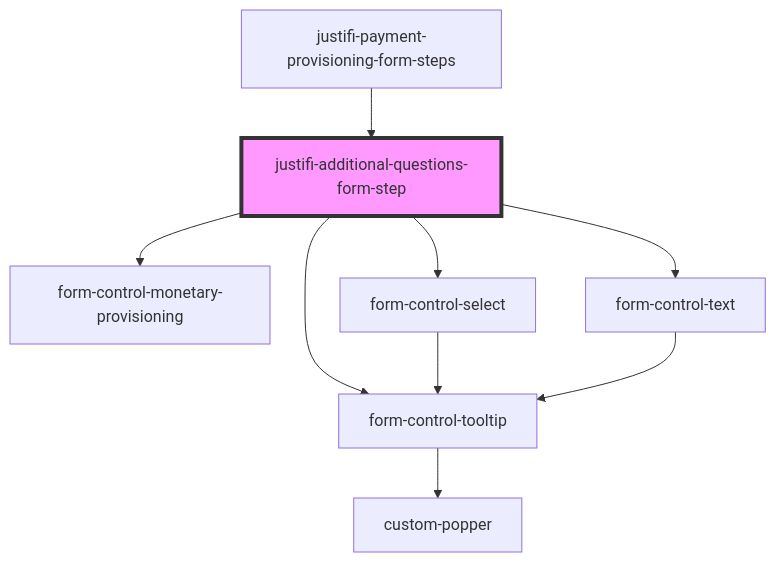
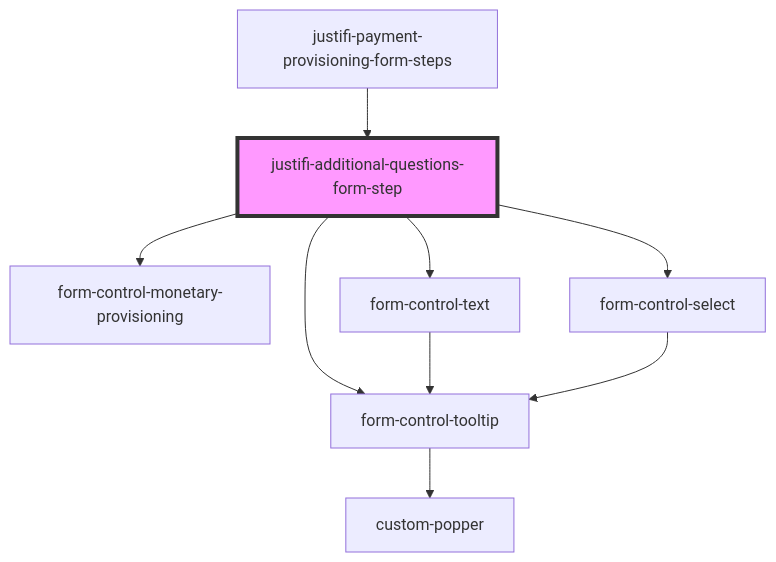
Before and after one commit to justifi-tech/web-component-library: the diagram in packages/webcomponents/src/components/business-forms/payment-provisioning/additional-questions/readme.md, drawn with Mermaid. The commit also changed other lines of this file and 2 other files, not shown here.

First line of the commit message:
enhancement: Implement changes requested to additional questions step (#1196)

````diff
--- a/packages/webcomponents/src/components/business-forms/payment-provisioning/additional-questions/readme.md
+++ b/packages/webcomponents/src/components/business-forms/payment-provisioning/additional-questions/readme.md
@@ -59,12 +59,12 @@
 ```mermaid
 graph TD;
   justifi-additional-questions-form-step --> form-control-tooltip
   justifi-additional-questions-form-step --> form-control-monetary-provisioning
+  justifi-additional-questions-form-step --> form-control-text
   justifi-additional-questions-form-step --> form-control-select
-  justifi-additional-questions-form-step --> form-control-text
   form-control-tooltip --> custom-popper
+  form-control-text --> form-control-tooltip
   form-control-select --> form-control-tooltip
-  form-control-text --> form-control-tooltip
   justifi-payment-provisioning-form-steps --> justifi-additional-questions-form-step
   style justifi-additional-questions-form-step fill:#f9f,stroke:#333,stroke-width:4px
 ```
````
